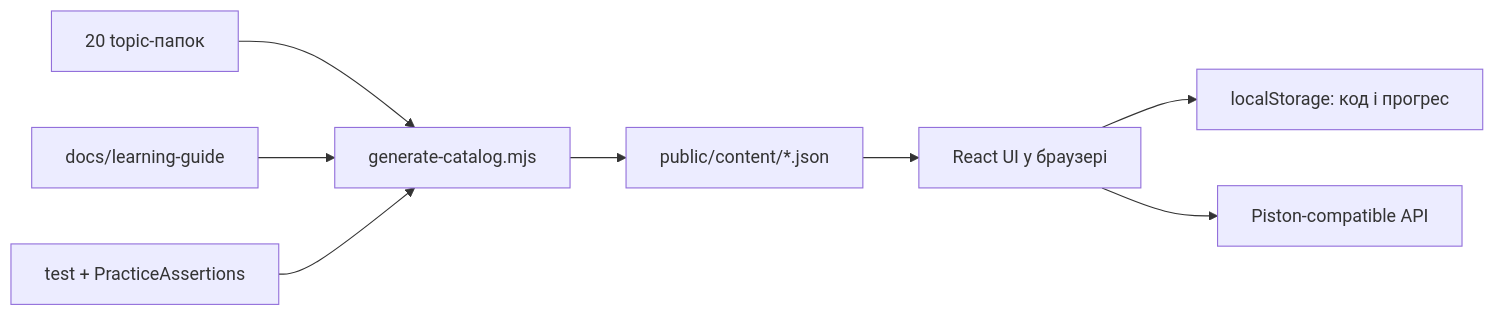
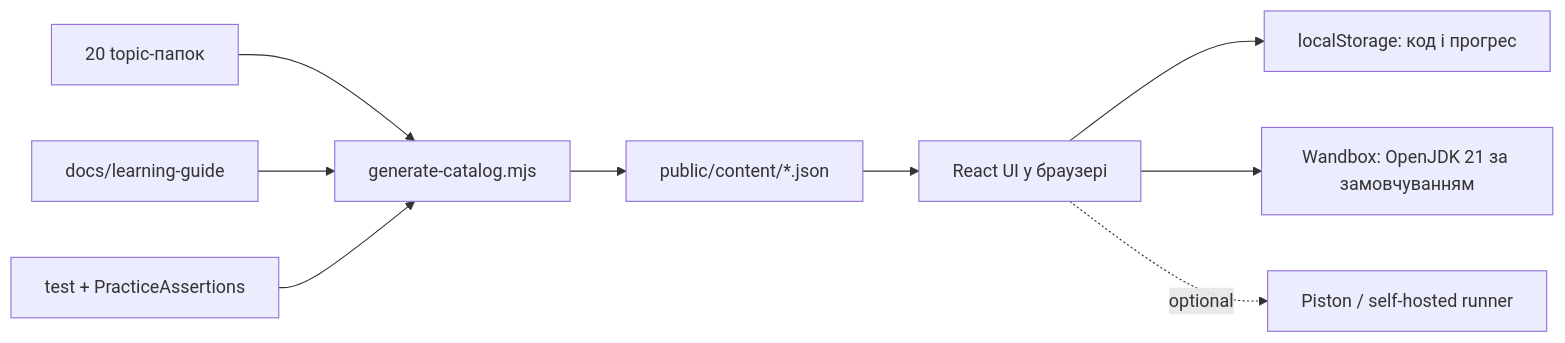
The diagram in docs/platform-architecture.md (kostiuk-repository/google-practice), drawn with Mermaid before and after one commit. The commit also changed other lines of this file and 14 other files, not shown here.

````diff
--- a/docs/platform-architecture.md
+++ b/docs/platform-architecture.md
@@ -25,10 +25,11 @@
 ```mermaid
 flowchart LR
     R[20 topic-папок] --> G[generate-catalog.mjs]
     D[docs/learning-guide] --> G
     T[test + PracticeAssertions] --> G
     G --> C[public/content/*.json]
     C --> U[React UI у браузері]
     U --> L[localStorage: код і прогрес]
-    U --> P[Piston-compatible API]
+    U --> W[Wandbox: OpenJDK 21 за замовчуванням]
+    U -. optional .-> P[Piston / self-hosted runner]
 ```
````
